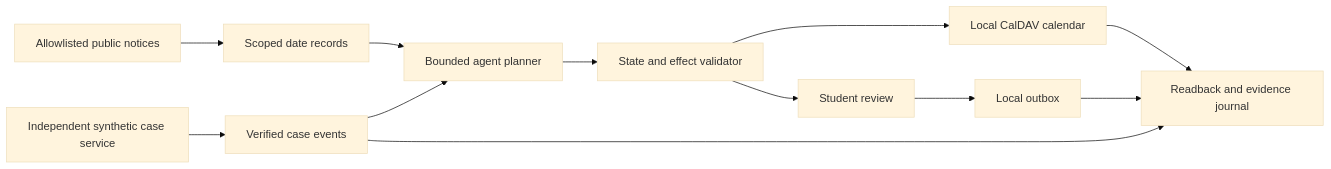
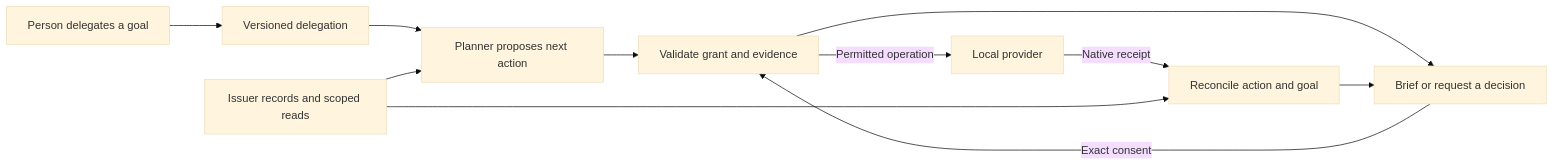
One commit to Junaid2-7777/relay-desk changed the diagram in docs/architecture.md. Above: the diagram before and after it, drawn with Mermaid (base theme). The commit also changed other lines of this file, not shown here.

Commit message:
Generalize the desk around one delegation and proof contract

````diff
--- a/docs/architecture.md
+++ b/docs/architecture.md
@@ -5,14 +5,13 @@
 ```mermaid
 flowchart LR
-    N[Allowlisted public notices] --> S[Scoped date records]
-    F[Independent synthetic case service] --> C[Verified case events]
-    S --> P[Bounded agent planner]
-    C --> P
-    P --> G[State and effect validator]
-    G --> K[Local CalDAV calendar]
-    G --> A[Student review]
-    A --> O[Local outbox]
-    K --> R[Readback and evidence journal]
-    O --> R
-    C --> R
+    U[Person delegates a goal] --> D[Versioned delegation]
+    D --> P[Planner proposes next action]
+    E[Issuer records and scoped reads] --> P
+    P --> V[Validate grant and evidence]
+    V --> B[Brief or request a decision]
+    B -->|Exact consent| V
+    V -->|Permitted operation| T[Local provider]
+    T -->|Native receipt| R[Reconcile action and goal]
+    E --> R
+    R --> B
 ```
````
